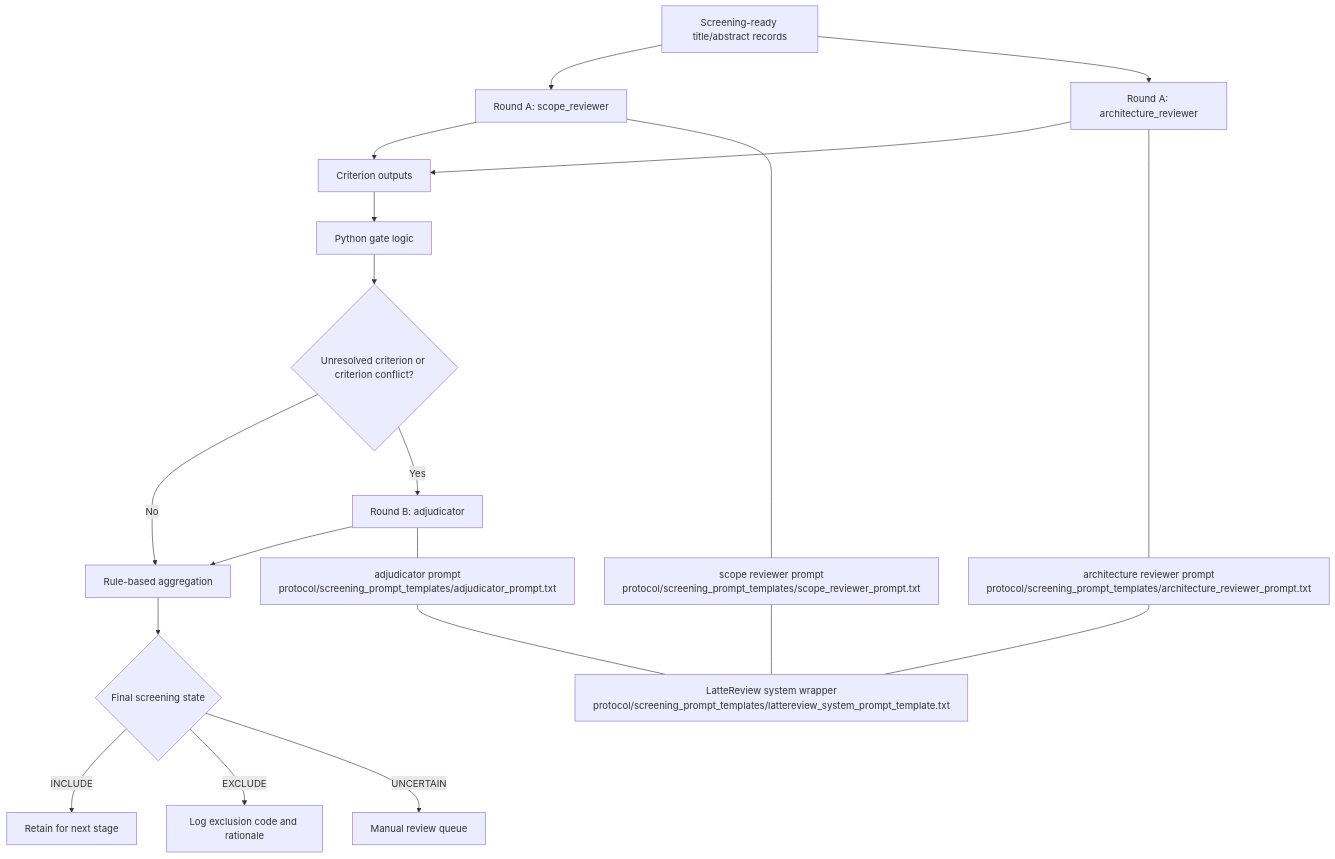
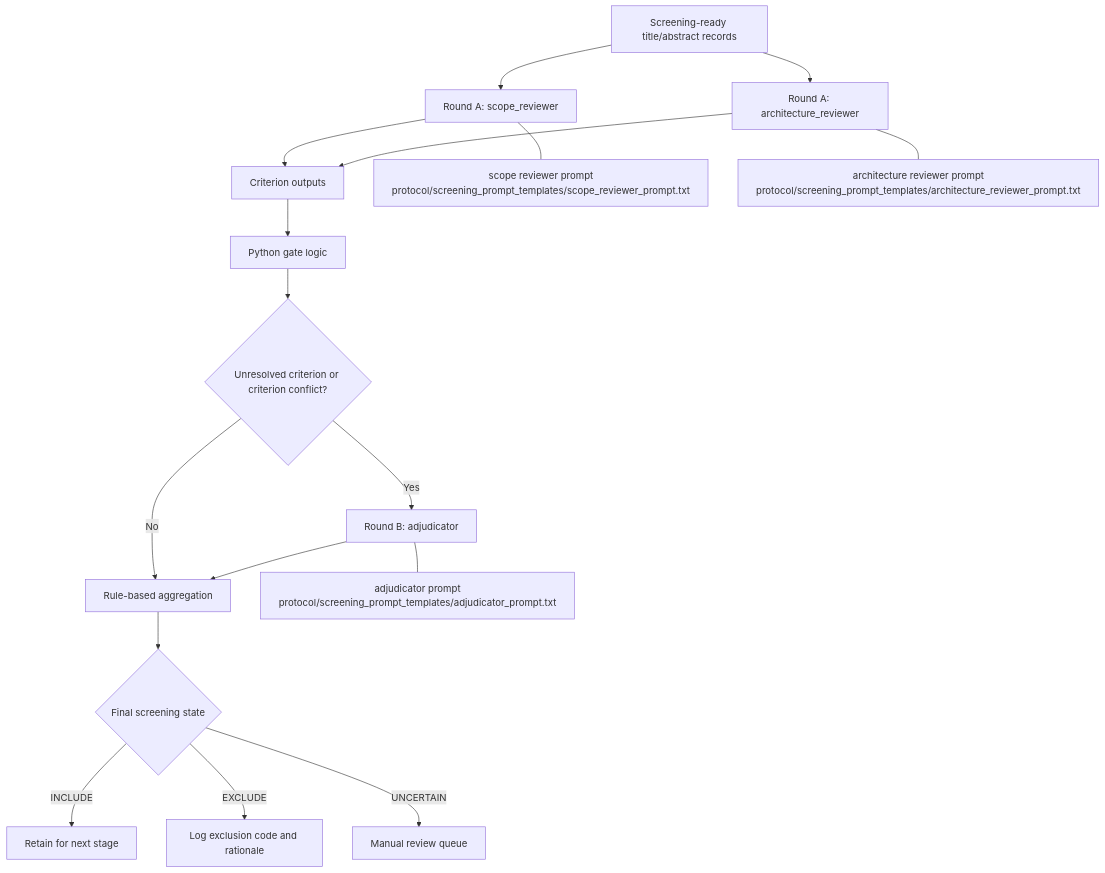
Before and after one commit to BogdanDidenko/text-bio-fundational-models-review: the diagram in README.md, drawn with Mermaid. The commit also changed other lines of this file and 5 other files, not shown here.

````diff
--- a/README.md
+++ b/README.md
@@ -82,23 +82,20 @@
 ```mermaid
 flowchart TD
     A["Screening-ready title/abstract records"] --> B["Round A: scope_reviewer"]
     A --> C["Round A: architecture_reviewer"]
     B --> D["Criterion outputs"]
     C --> D
     D --> E["Python gate logic"]
     E --> F{"Unresolved criterion or criterion conflict?"}
     F -- "No" --> G["Rule-based aggregation"]
     F -- "Yes" --> H["Round B: adjudicator"]
     H --> G
     G --> I{"Final screening state"}
     I -- "INCLUDE" --> J["Retain for next stage"]
     I -- "EXCLUDE" --> K["Log exclusion code and rationale"]
     I -- "UNCERTAIN" --> L["Manual review queue"]
 
     B --- Bp["scope reviewer prompt\nprotocol/screening_prompt_templates/scope_reviewer_prompt.txt"]
     C --- Cp["architecture reviewer prompt\nprotocol/screening_prompt_templates/architecture_reviewer_prompt.txt"]
     H --- Hp["adjudicator prompt\nprotocol/screening_prompt_templates/adjudicator_prompt.txt"]
-    Bp --- Sp["LatteReview system wrapper\nprotocol/screening_prompt_templates/lattereview_system_prompt_template.txt"]
-    Cp --- Sp
-    Hp --- Sp
 ```
````
